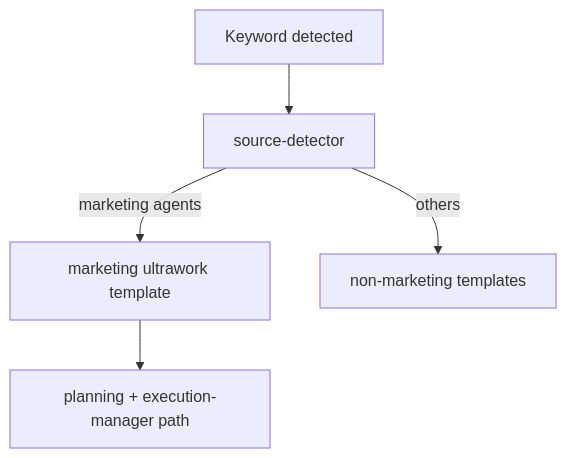
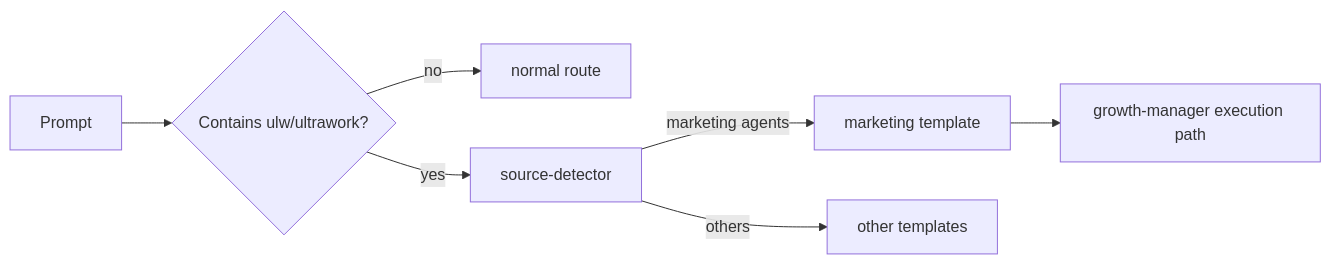
Before and after one commit to bravohenry/ohmymkt: the fourth of 4 diagrams in docs/features.md, drawn with Mermaid. The commit also changed other lines of this file and 7 other files, not shown here.

````diff
--- a/docs/features.md
+++ b/docs/features.md
@@ -100,7 +203,9 @@
 ```mermaid
-flowchart TD
-    K["Keyword detected"] --> S["source-detector"]
-    S -->|marketing agents| M["marketing ultrawork template"]
-    S -->|others| O["non-marketing templates"]
-    M --> P["planning + execution-manager path"]
+flowchart LR
+    P["Prompt"] --> K{"Contains ulw/ultrawork?"}
+    K -->|no| N["normal route"]
+    K -->|yes| S["source-detector"]
+    S -->|marketing agents| M["marketing template"]
+    S -->|others| O["other templates"]
+    M --> G["growth-manager execution path"]
 ```
````
